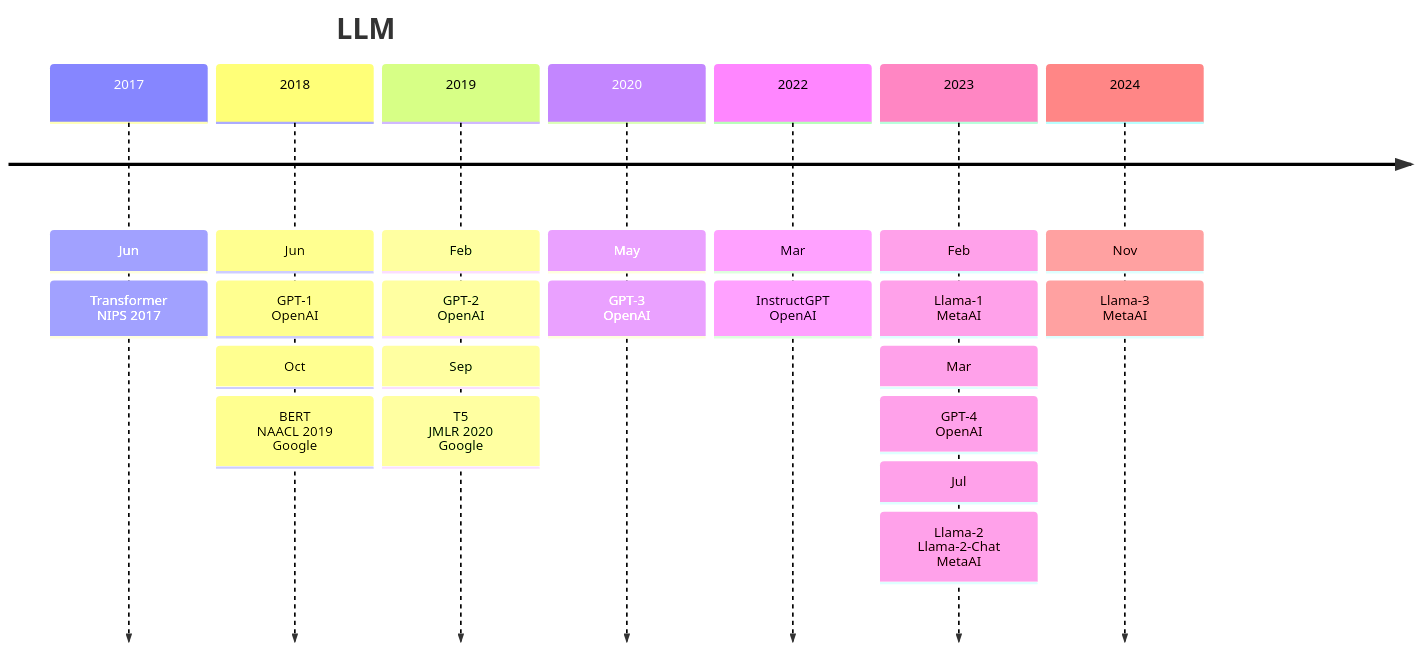
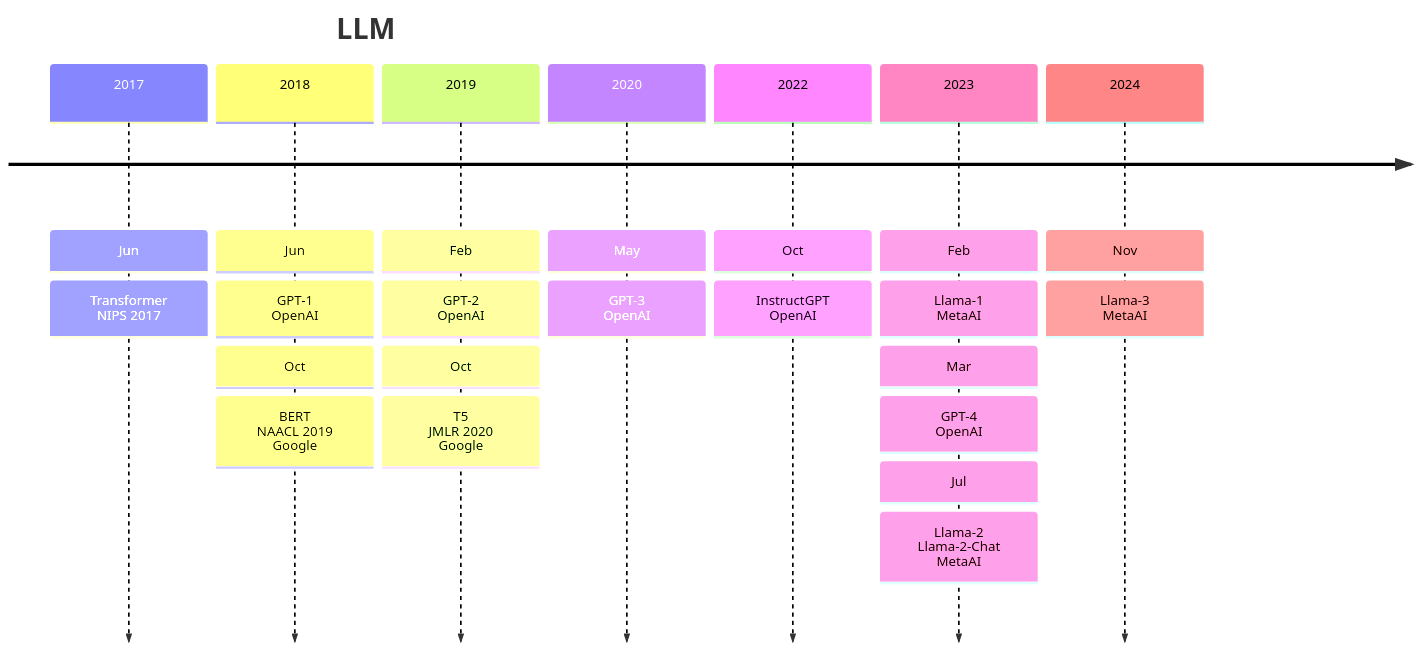
One commit to Elephant-King9/Paper changed the first of 4 diagrams in Base_Model/LLM/analyse.md. Above: the diagram before and after it, drawn with Mermaid. The commit also changed 7 other files, not shown here.

````diff
--- a/Base_Model/LLM/analyse.md
+++ b/Base_Model/LLM/analyse.md
@@ -5,26 +5,26 @@
 ```mermaid
 timeline
     title LLM
     2017 : Jun
     		 : Transformer<br>NIPS 2017
     2018 : Jun
     		 : GPT-1<br>OpenAI
     		 : Oct
     		 : BERT<br>NAACL 2019<br>Google
     2019 : Feb
     		 : GPT-2<br>OpenAI
-    		 : Sep
+    		 : Oct
     		 : T5<br>JMLR 2020<br>Google
     2020 : May
     		 : GPT-3<br>OpenAI
-    2022 : Mar
+    2022 : Oct
     		 : InstructGPT<br>OpenAI
     2023 : Feb
     		 : Llama-1<br>MetaAI
     		 : Mar
     		 : GPT-4<br>OpenAI
     		 : Jul
     		 : Llama-2<br>Llama-2-Chat<br>MetaAI
     2024 : Nov
     		 : Llama-3<br>MetaAI
 ```
````
